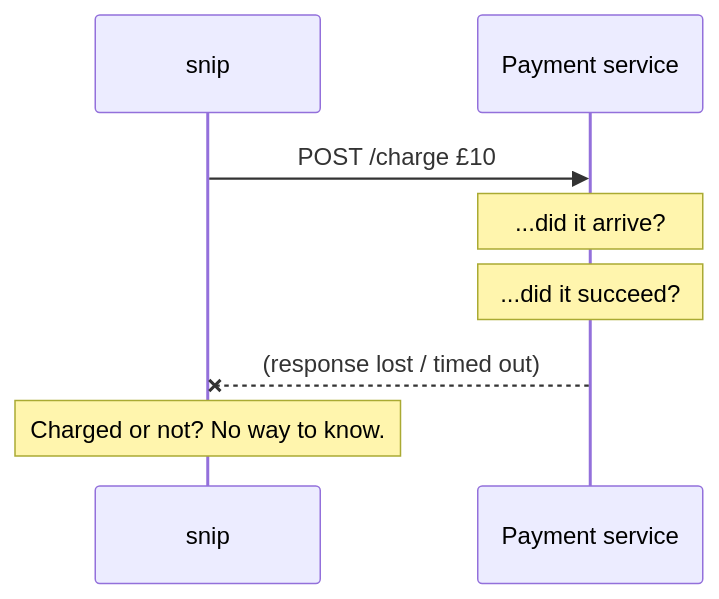
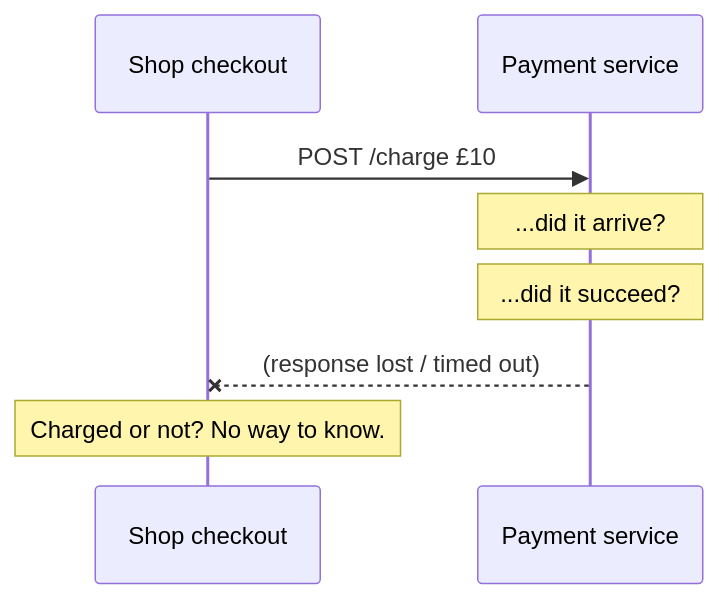
The first of 3 diagrams in docs/distributed/distributed-survival-kit.mdx (jawwadzafar/zero-to-prod), drawn with Mermaid before and after one commit. The commit also changed other lines of this file, not shown here.

````diff
--- a/docs/distributed/distributed-survival-kit.mdx
+++ b/docs/distributed/distributed-survival-kit.mdx
@@ -27,10 +28,10 @@
 ```mermaid
 sequenceDiagram
-    participant S as snip
+    participant S as Shop checkout
     participant P as Payment service
     S->>P: POST /charge £10
     Note over P: ...did it arrive?
     Note over P: ...did it succeed?
     P--xS: (response lost / timed out)
     Note over S: Charged or not? No way to know.
 ```
````
